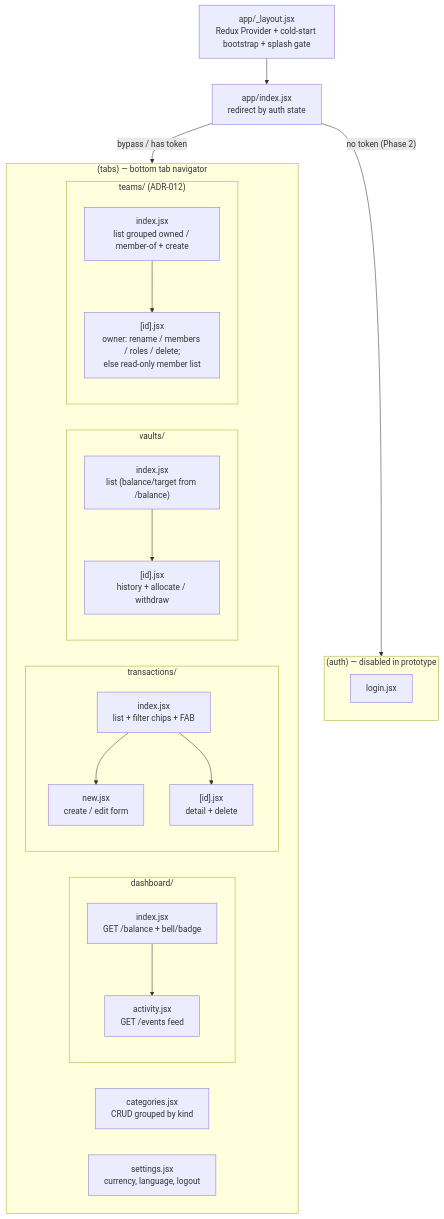
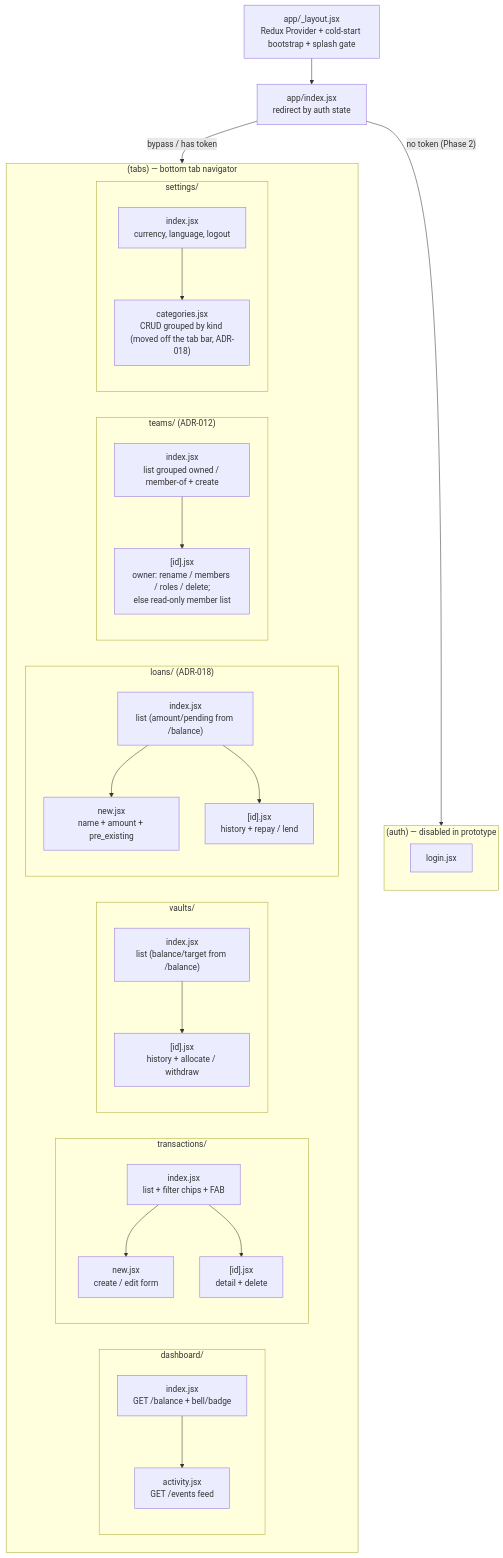
The first of 3 diagrams in ARCHITECTURE.md (JayroGG/balance-manager), drawn with Mermaid before and after one commit. The commit also changed other lines of this file and 30 other files, not shown here.

First line of the commit message:
feat: loans — lent-out money with vault-mirror balance math (ADR-018) (#14)

````diff
--- a/ARCHITECTURE.md
+++ b/ARCHITECTURE.md
@@ -9,40 +9,50 @@
 ```mermaid
 graph TD
   Root["app/_layout.jsx<br/>Redux Provider + cold-start bootstrap + splash gate"]
   Index["app/index.jsx<br/>redirect by auth state"]
   Root --> Index
   Index -->|"bypass / has token"| Tabs
   Index -->|"no token (Phase 2)"| Auth
 
   subgraph Auth["(auth) — disabled in prototype"]
     Login["login.jsx"]
   end
 
   subgraph Tabs["(tabs) — bottom tab navigator"]
     subgraph Dash["dashboard/"]
       DashIndex["index.jsx<br/>GET /balance + bell/badge"]
       DashActivity["activity.jsx<br/>GET /events feed"]
     end
     subgraph Tx["transactions/"]
       TxList["index.jsx<br/>list + filter chips + FAB"]
       TxNew["new.jsx<br/>create / edit form"]
       TxDetail["[id].jsx<br/>detail + delete"]
     end
     subgraph Vaults["vaults/"]
       VList["index.jsx<br/>list (balance/target from /balance)"]
       VDetail["[id].jsx<br/>history + allocate / withdraw"]
     end
-    Cats["categories.jsx<br/>CRUD grouped by kind"]
+    subgraph Loans["loans/ (ADR-018)"]
+      LList["index.jsx<br/>list (amount/pending from /balance)"]
+      LNew["new.jsx<br/>name + amount + pre_existing"]
+      LDetail["[id].jsx<br/>history + repay / lend"]
+    end
     subgraph Teams["teams/ (ADR-012)"]
       TList["index.jsx<br/>list grouped owned / member-of + create"]
       TManage["[id].jsx<br/>owner: rename / members / roles / delete;<br/>else read-only member list"]
     end
-    Settings["settings.jsx<br/>currency, language, logout"]
+    subgraph Settings["settings/"]
+      SetIndex["index.jsx<br/>currency, language, logout"]
+      SetCats["categories.jsx<br/>CRUD grouped by kind (moved off the tab bar, ADR-018)"]
+    end
   end
 
   DashIndex --> DashActivity
   TxList --> TxNew
   TxList --> TxDetail
   VList --> VDetail
+  LList --> LNew
+  LList --> LDetail
   TList --> TManage
+  SetIndex --> SetCats
 ```
````
